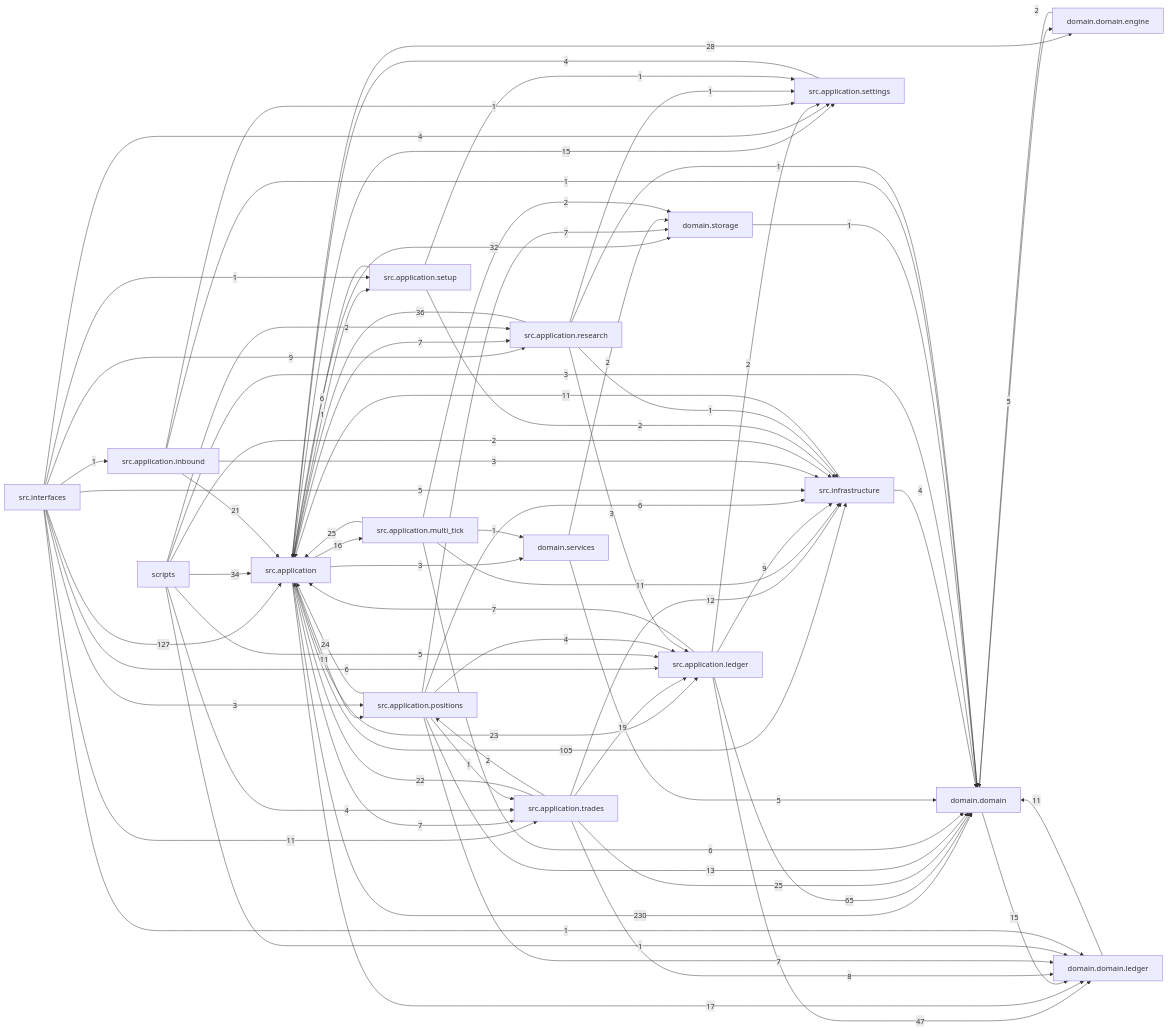
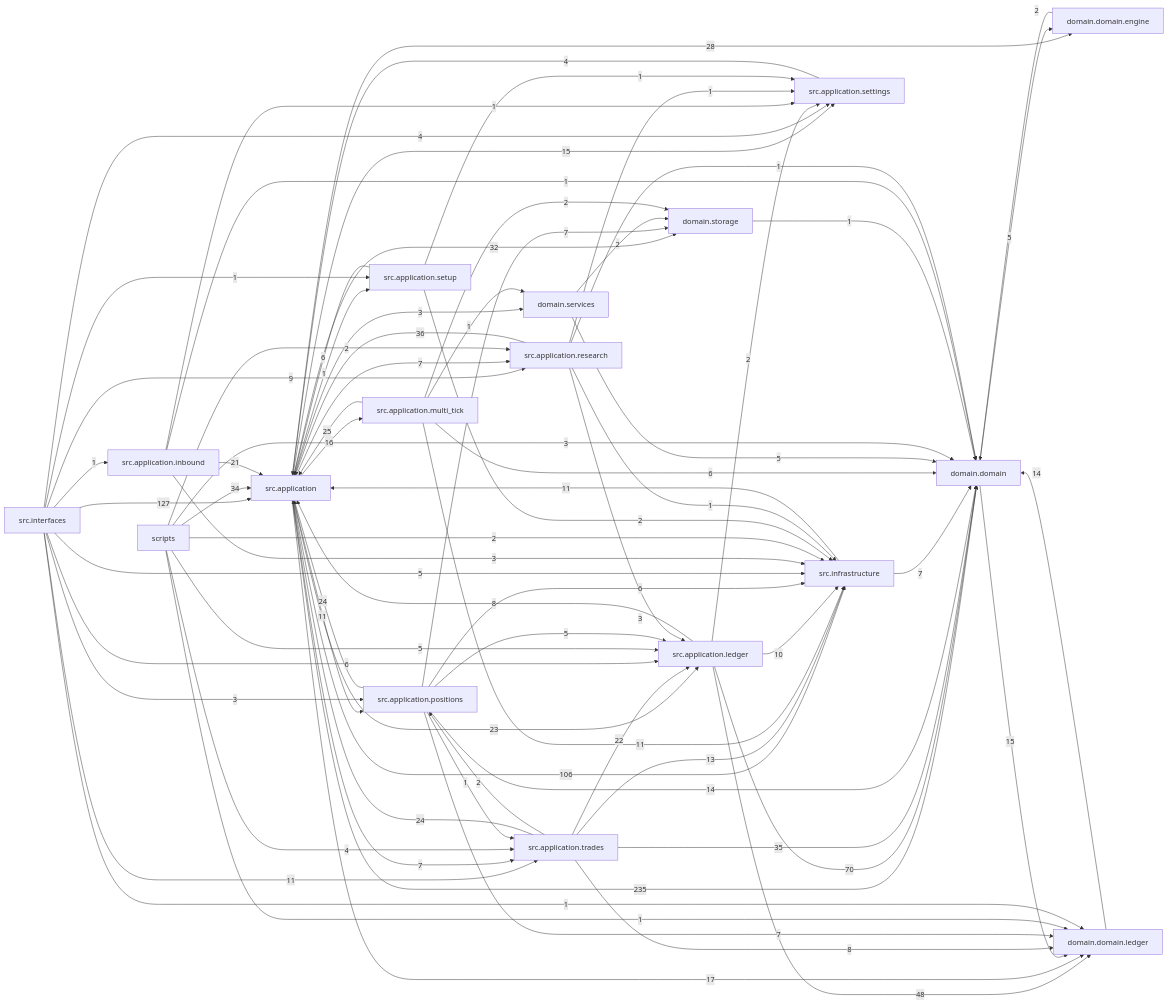
One commit to liuxie066/options-monitor changed the diagram in docs/dependency_graph.mmd. Above: the diagram before and after it, drawn with Mermaid. The commit also changed 103 other files, not shown here.

Commit message:
refactor(trades): harden execution intake and ledger model

```diff
--- a/docs/dependency_graph.mmd
+++ b/docs/dependency_graph.mmd
@@ -1,76 +1,76 @@
 flowchart LR
-  src_application["src.application"] -->|230| domain_domain["domain.domain"]
+  src_application["src.application"] -->|235| domain_domain["domain.domain"]
   src_interfaces["src.interfaces"] -->|127| src_application["src.application"]
-  src_application["src.application"] -->|105| src_infrastructure["src.infrastructure"]
-  src_application_ledger["src.application.ledger"] -->|65| domain_domain["domain.domain"]
-  src_application_ledger["src.application.ledger"] -->|47| domain_domain_ledger["domain.domain.ledger"]
+  src_application["src.application"] -->|106| src_infrastructure["src.infrastructure"]
+  src_application_ledger["src.application.ledger"] -->|70| domain_domain["domain.domain"]
+  src_application_ledger["src.application.ledger"] -->|48| domain_domain_ledger["domain.domain.ledger"]
   src_application_research["src.application.research"] -->|36| src_application["src.application"]
+  src_application_trades["src.application.trades"] -->|35| domain_domain["domain.domain"]
   scripts["scripts"] -->|34| src_application["src.application"]
   src_application["src.application"] -->|32| domain_storage["domain.storage"]
   src_application["src.application"] -->|28| domain_domain_engine["domain.domain.engine"]
   src_application_multi_tick["src.application.multi_tick"] -->|25| src_application["src.application"]
-  src_application_trades["src.application.trades"] -->|25| domain_domain["domain.domain"]
   src_application_positions["src.application.positions"] -->|24| src_application["src.application"]
+  src_application_trades["src.application.trades"] -->|24| src_application["src.application"]
   src_application["src.application"] -->|23| src_application_ledger["src.application.ledger"]
-  src_application_trades["src.application.trades"] -->|22| src_application["src.application"]
+  src_application_trades["src.application.trades"] -->|22| src_application_ledger["src.application.ledger"]
   src_application_inbound["src.application.inbound"] -->|21| src_application["src.application"]
-  src_application_trades["src.application.trades"] -->|19| src_application_ledger["src.application.ledger"]
   src_application["src.application"] -->|17| domain_domain_ledger["domain.domain.ledger"]
   src_application["src.application"] -->|16| src_application_multi_tick["src.application.multi_tick"]
   domain_domain["domain.domain"] -->|15| domain_domain_ledger["domain.domain.ledger"]
   src_application["src.application"] -->|15| src_application_settings["src.application.settings"]
-  src_application_positions["src.application.positions"] -->|13| domain_domain["domain.domain"]
-  src_application_trades["src.application.trades"] -->|12| src_infrastructure["src.infrastructure"]
-  domain_domain_ledger["domain.domain.ledger"] -->|11| domain_domain["domain.domain"]
+  domain_domain_ledger["domain.domain.ledger"] -->|14| domain_domain["domain.domain"]
+  src_application_positions["src.application.positions"] -->|14| domain_domain["domain.domain"]
+  src_application_trades["src.application.trades"] -->|13| src_infrastructure["src.infrastructure"]
   src_application["src.application"] -->|11| src_application_positions["src.application.positions"]
   src_application_multi_tick["src.application.multi_tick"] -->|11| src_infrastructure["src.infrastructure"]
   src_infrastructure["src.infrastructure"] -->|11| src_application["src.application"]
   src_interfaces["src.interfaces"] -->|11| src_application_trades["src.application.trades"]
-  src_application_ledger["src.application.ledger"] -->|9| src_infrastructure["src.infrastructure"]
+  src_application_ledger["src.application.ledger"] -->|10| src_infrastructure["src.infrastructure"]
   src_interfaces["src.interfaces"] -->|9| src_application_research["src.application.research"]
+  src_application_ledger["src.application.ledger"] -->|8| src_application["src.application"]
   src_application_trades["src.application.trades"] -->|8| domain_domain_ledger["domain.domain.ledger"]
   src_application["src.application"] -->|7| src_application_research["src.application.research"]
   src_application["src.application"] -->|7| src_application_trades["src.application.trades"]
-  src_application_ledger["src.application.ledger"] -->|7| src_application["src.application"]
   src_application_positions["src.application.positions"] -->|7| domain_domain_ledger["domain.domain.ledger"]
   src_application_positions["src.application.positions"] -->|7| domain_storage["domain.storage"]
+  src_infrastructure["src.infrastructure"] -->|7| domain_domain["domain.domain"]
   src_application_multi_tick["src.application.multi_tick"] -->|6| domain_domain["domain.domain"]
   src_application_positions["src.application.positions"] -->|6| src_infrastructure["src.infrastructure"]
   src_application_setup["src.application.setup"] -->|6| src_application["src.application"]
   src_interfaces["src.interfaces"] -->|6| src_application_ledger["src.application.ledger"]
   domain_domain["domain.domain"] -->|5| domain_domain_engine["domain.domain.engine"]
   domain_services["domain.services"] -->|5| domain_domain["domain.domain"]
   scripts["scripts"] -->|5| src_application_ledger["src.application.ledger"]
+  src_application_positions["src.application.positions"] -->|5| src_application_ledger["src.application.ledger"]
   src_interfaces["src.interfaces"] -->|5| src_infrastructure["src.infrastructure"]
   scripts["scripts"] -->|4| src_application_trades["src.application.trades"]
-  src_application_positions["src.application.positions"] -->|4| src_application_ledger["src.application.ledger"]
   src_application_settings["src.application.settings"] -->|4| src_application["src.application"]
-  src_infrastructure["src.infrastructure"] -->|4| domain_domain["domain.domain"]
   src_interfaces["src.interfaces"] -->|4| src_application_settings["src.application.settings"]
   scripts["scripts"] -->|3| domain_domain["domain.domain"]
   src_application["src.application"] -->|3| domain_services["domain.services"]
   src_application_inbound["src.application.inbound"] -->|3| src_infrastructure["src.infrastructure"]
   src_application_research["src.application.research"] -->|3| src_application_ledger["src.application.ledger"]
   src_interfaces["src.interfaces"] -->|3| src_application_positions["src.application.positions"]
   domain_domain_engine["domain.domain.engine"] -->|2| domain_domain["domain.domain"]
   domain_services["domain.services"] -->|2| domain_storage["domain.storage"]
   scripts["scripts"] -->|2| src_application_research["src.application.research"]
   scripts["scripts"] -->|2| src_infrastructure["src.infrastructure"]
   src_application_ledger["src.application.ledger"] -->|2| src_application_settings["src.application.settings"]
   src_application_multi_tick["src.application.multi_tick"] -->|2| domain_storage["domain.storage"]
   src_application_setup["src.application.setup"] -->|2| src_infrastructure["src.infrastructure"]
   src_application_trades["src.application.trades"] -->|2| src_application_positions["src.application.positions"]
   domain_storage["domain.storage"] -->|1| domain_domain["domain.domain"]
   scripts["scripts"] -->|1| domain_domain_ledger["domain.domain.ledger"]
   src_application["src.application"] -->|1| src_application_setup["src.application.setup"]
   src_application_inbound["src.application.inbound"] -->|1| domain_domain["domain.domain"]
   src_application_inbound["src.application.inbound"] -->|1| src_application_settings["src.application.settings"]
   src_application_multi_tick["src.application.multi_tick"] -->|1| domain_services["domain.services"]
   src_application_positions["src.application.positions"] -->|1| src_application_trades["src.application.trades"]
   src_application_research["src.application.research"] -->|1| domain_domain["domain.domain"]
   src_application_research["src.application.research"] -->|1| src_application_settings["src.application.settings"]
   src_application_research["src.application.research"] -->|1| src_infrastructure["src.infrastructure"]
   src_application_setup["src.application.setup"] -->|1| src_application_settings["src.application.settings"]
   src_interfaces["src.interfaces"] -->|1| domain_domain_ledger["domain.domain.ledger"]
   src_interfaces["src.interfaces"] -->|1| src_application_inbound["src.application.inbound"]
   src_interfaces["src.interfaces"] -->|1| src_application_setup["src.application.setup"]
```
